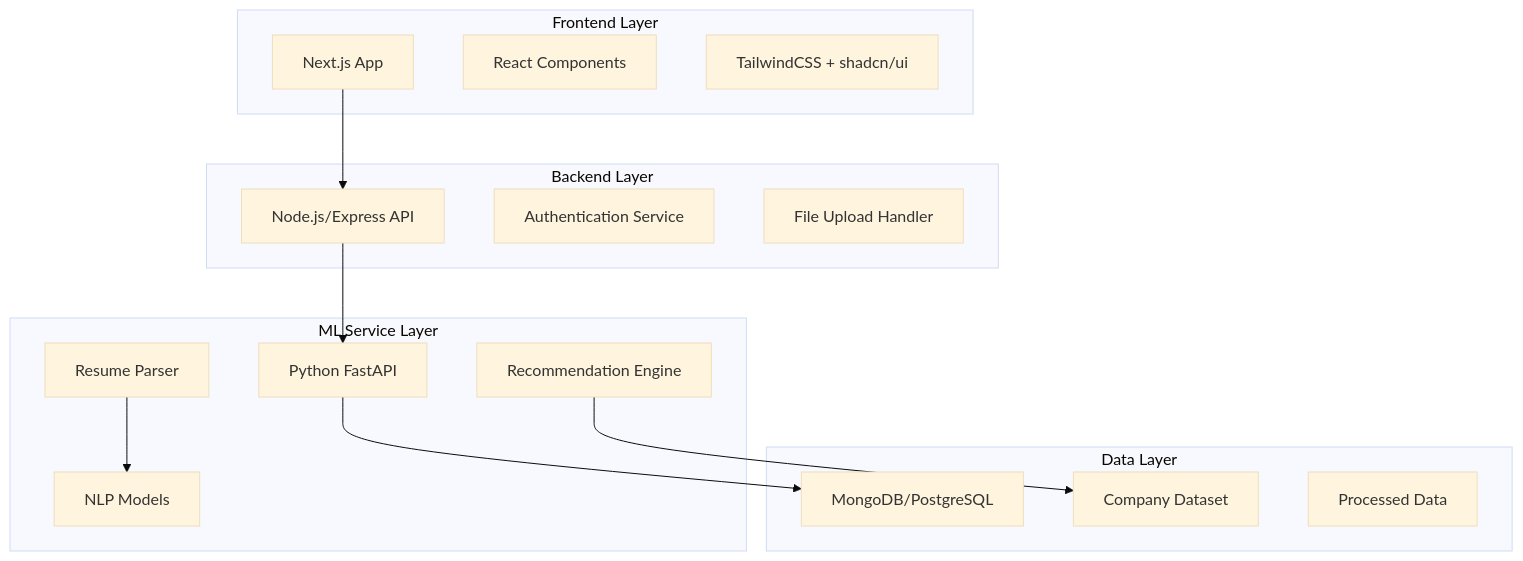
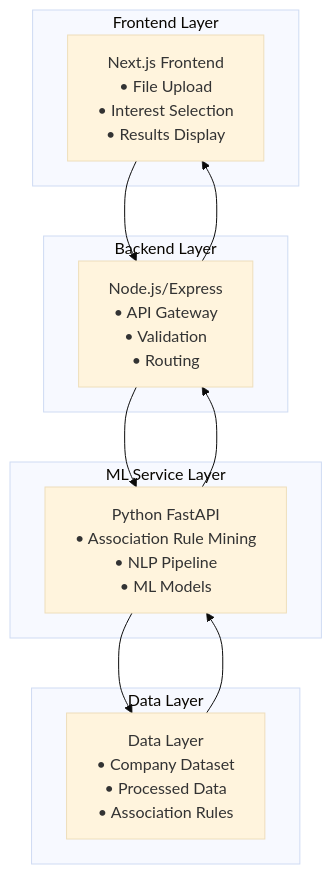
The third of 6 diagrams in README.md (AnshRaj112/dmdw-project), drawn with Mermaid (base theme) before and after one commit. The commit also changed other lines of this file, not shown here.

````diff
--- a/README.md
+++ b/README.md
@@ -37,33 +91,25 @@
 ```mermaid
 graph TB
     subgraph "Frontend Layer"
-        A[Next.js App]
-        B[React Components]
-        C[TailwindCSS + shadcn/ui]
+        A[Next.js Frontend<br/>• File Upload<br/>• Interest Selection<br/>• Results Display]
     end
     
     subgraph "Backend Layer"
-        D[Node.js/Express API]
-        E[Authentication Service]
-        F[File Upload Handler]
+        B[Node.js/Express<br/>• API Gateway<br/>• Validation<br/>• Routing]
     end
     
     subgraph "ML Service Layer"
-        G[Python FastAPI]
-        H[Resume Parser]
-        I[Recommendation Engine]
-        J[NLP Models]
+        C[Python FastAPI<br/>• Association Rule Mining<br/>• NLP Pipeline<br/>• ML Models]
     end
     
     subgraph "Data Layer"
-        K[MongoDB/PostgreSQL]
-        L[Company Dataset]
-        M[Processed Data]
+        D[Data Layer<br/>• Company Dataset<br/>• Processed Data<br/>• Association Rules]
     end
     
-    A --> D
-    D --> G
-    G --> K
-    H --> J
-    I --> L
+    A --> B
+    B --> C
+    C --> D
+    D --> C
+    C --> B
+    B --> A
 ```
````
